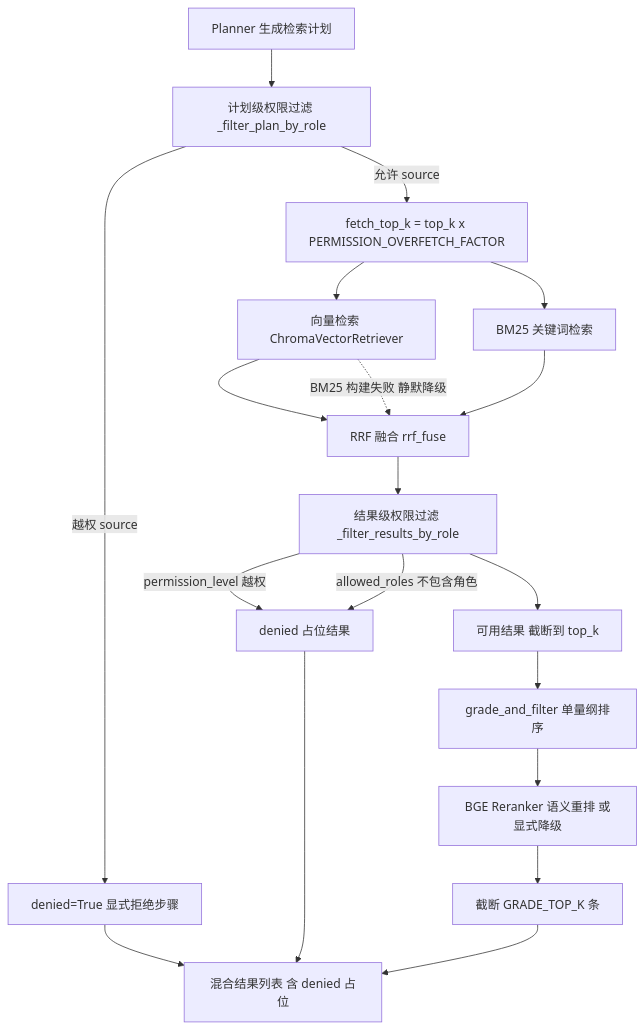
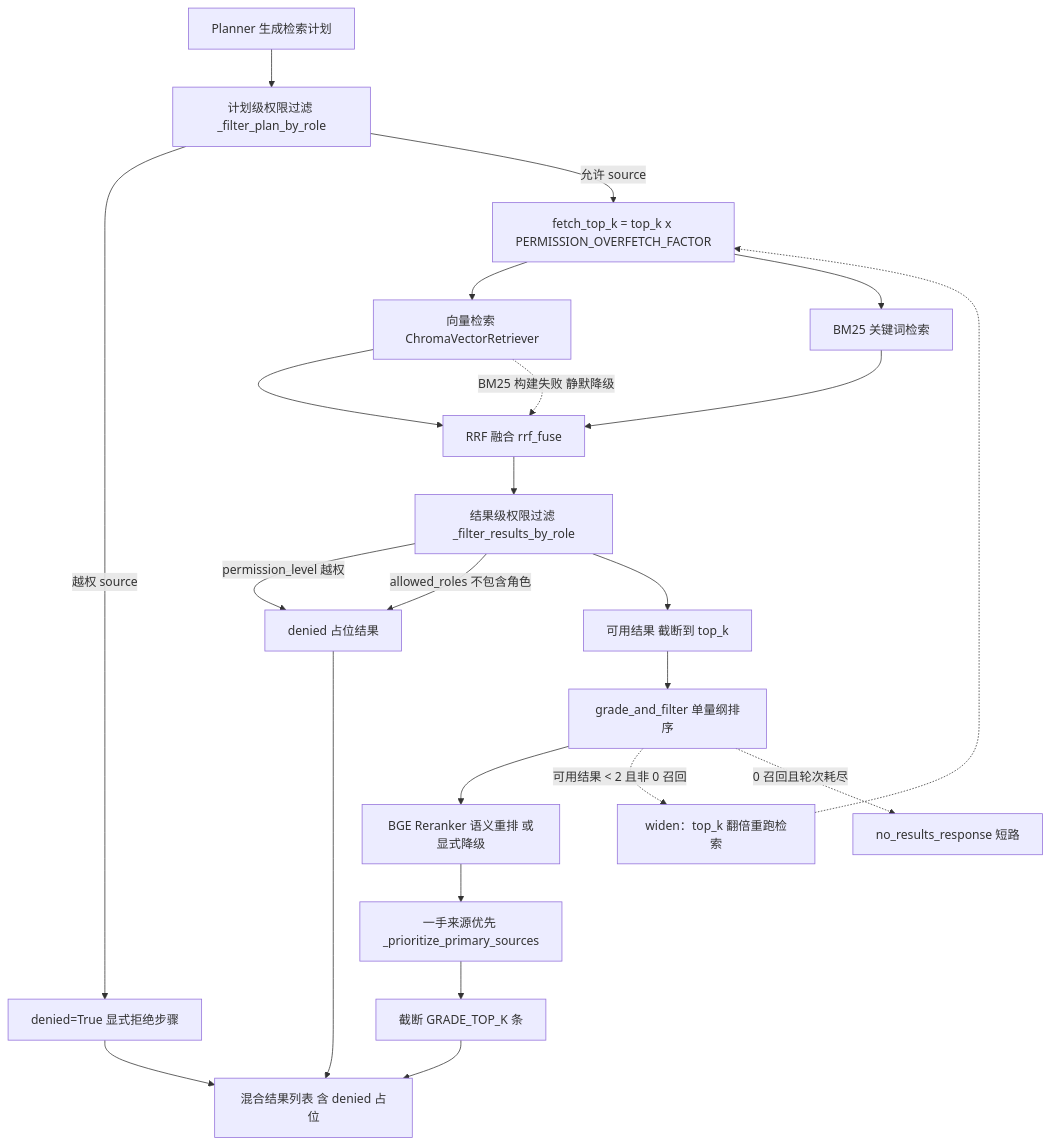
One commit to jaronlu/SecRAG changed the diagram in openwiki/architecture/retrieval-system.md. Above: the diagram before and after it, drawn with Mermaid. The commit also changed other lines of this file and 25 other files, not shown here.

````diff
--- a/openwiki/architecture/retrieval-system.md
+++ b/openwiki/architecture/retrieval-system.md
@@ -51,21 +51,25 @@
 ```mermaid
 flowchart TD
     P["Planner 生成检索计划"] --> PF["计划级权限过滤 _filter_plan_by_role"]
     PF -->|"越权 source"| DD["denied=True 显式拒绝步骤"]
     PF -->|"允许 source"| FE["fetch_top_k = top_k x PERMISSION_OVERFETCH_FACTOR"]
     FE --> V["向量检索 ChromaVectorRetriever"]
     FE --> B["BM25 关键词检索"]
     V --> F["RRF 融合 rrf_fuse"]
     B --> F
     V -.->|"BM25 构建失败 静默降级"| F
     F --> RF["结果级权限过滤 _filter_results_by_role"]
     RF -->|"permission_level 越权"| PD["denied 占位结果"]
     RF -->|"allowed_roles 不包含角色"| PD
     RF --> OK["可用结果 截断到 top_k"]
     OK --> G["grade_and_filter 单量纲排序"]
     G --> RR["BGE Reranker 语义重排 或显式降级"]
-    RR --> T["截断 GRADE_TOP_K 条"]
+    RR --> PS["一手来源优先 _prioritize_primary_sources"]
+    PS --> T["截断 GRADE_TOP_K 条"]
     T --> OUT["混合结果列表 含 denied 占位"]
     PD --> OUT
     DD --> OUT
+    G -.->|"可用结果 < 2 且非 0 召回"| W["widen：top_k 翻倍重跑检索"]
+    W -.-> FE
+    G -.->|"0 召回且轮次耗尽"| NR["no_results_response 短路"]
 ```
````
